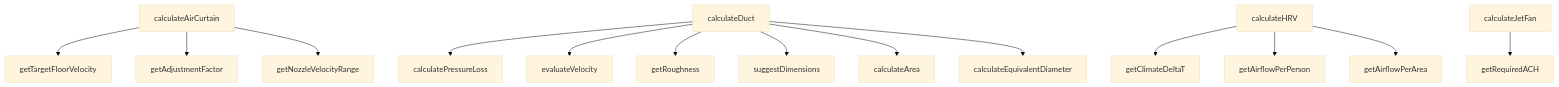
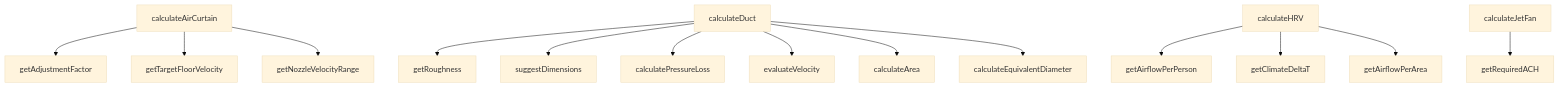
One commit to peckop/venthub-hvac-esite changed the diagram in src/lib/hvacCalculations.md. Above: the diagram before and after it, drawn with Mermaid (base theme). The commit also changed other lines of this file and 429 other files, not shown here.

````diff
--- a/src/lib/hvacCalculations.md
+++ b/src/lib/hvacCalculations.md
@@ -586,33 +375,33 @@
 ```mermaid
 graph TD
     hvacCalculations_ts__calculateAirCurtain["calculateAirCurtain"]
     hvacCalculations_ts__calculateArea["calculateArea"]
     hvacCalculations_ts__calculateDuct["calculateDuct"]
     hvacCalculations_ts__calculateEquivalentDiameter["calculateEquivalentDiameter"]
     hvacCalculations_ts__calculateHRV["calculateHRV"]
     hvacCalculations_ts__calculateJetFan["calculateJetFan"]
     hvacCalculations_ts__calculatePressureLoss["calculatePressureLoss"]
     hvacCalculations_ts__evaluateVelocity["evaluateVelocity"]
     hvacCalculations_ts__getAdjustmentFactor["getAdjustmentFactor"]
     hvacCalculations_ts__getAirflowPerArea["getAirflowPerArea"]
     hvacCalculations_ts__getAirflowPerPerson["getAirflowPerPerson"]
     hvacCalculations_ts__getClimateDeltaT["getClimateDeltaT"]
     hvacCalculations_ts__getNozzleVelocityRange["getNozzleVelocityRange"]
     hvacCalculations_ts__getRequiredACH["getRequiredACH"]
     hvacCalculations_ts__getRoughness["getRoughness"]
     hvacCalculations_ts__getTargetFloorVelocity["getTargetFloorVelocity"]
     hvacCalculations_ts__suggestDimensions["suggestDimensions"]
-    hvacCalculations_ts__calculateDuct --> hvacCalculations_ts__calculatePressureLoss
-    hvacCalculations_ts__calculateHRV --> hvacCalculations_ts__getClimateDeltaT
+    hvacCalculations_ts__calculateHRV --> hvacCalculations_ts__getAirflowPerPerson
     hvacCalculations_ts__calculateJetFan --> hvacCalculations_ts__getRequiredACH
-    hvacCalculations_ts__calculateDuct --> hvacCalculations_ts__evaluateVelocity
     hvacCalculations_ts__calculateDuct --> hvacCalculations_ts__getRoughness
     hvacCalculations_ts__calculateDuct --> hvacCalculations_ts__suggestDimensions
+    hvacCalculations_ts__calculateDuct --> hvacCalculations_ts__calculatePressureLoss
+    hvacCalculations_ts__calculateDuct --> hvacCalculations_ts__evaluateVelocity
+    hvacCalculations_ts__calculateAirCurtain --> hvacCalculations_ts__getAdjustmentFactor
+    hvacCalculations_ts__calculateHRV --> hvacCalculations_ts__getClimateDeltaT
+    hvacCalculations_ts__calculateDuct --> hvacCalculations_ts__calculateArea
     hvacCalculations_ts__calculateAirCurtain --> hvacCalculations_ts__getTargetFloorVelocity
-    hvacCalculations_ts__calculateDuct --> hvacCalculations_ts__calculateArea
-    hvacCalculations_ts__calculateAirCurtain --> hvacCalculations_ts__getAdjustmentFactor
     hvacCalculations_ts__calculateAirCurtain --> hvacCalculations_ts__getNozzleVelocityRange
-    hvacCalculations_ts__calculateHRV --> hvacCalculations_ts__getAirflowPerPerson
     hvacCalculations_ts__calculateHRV --> hvacCalculations_ts__getAirflowPerArea
     hvacCalculations_ts__calculateDuct --> hvacCalculations_ts__calculateEquivalentDiameter
 ```
````
